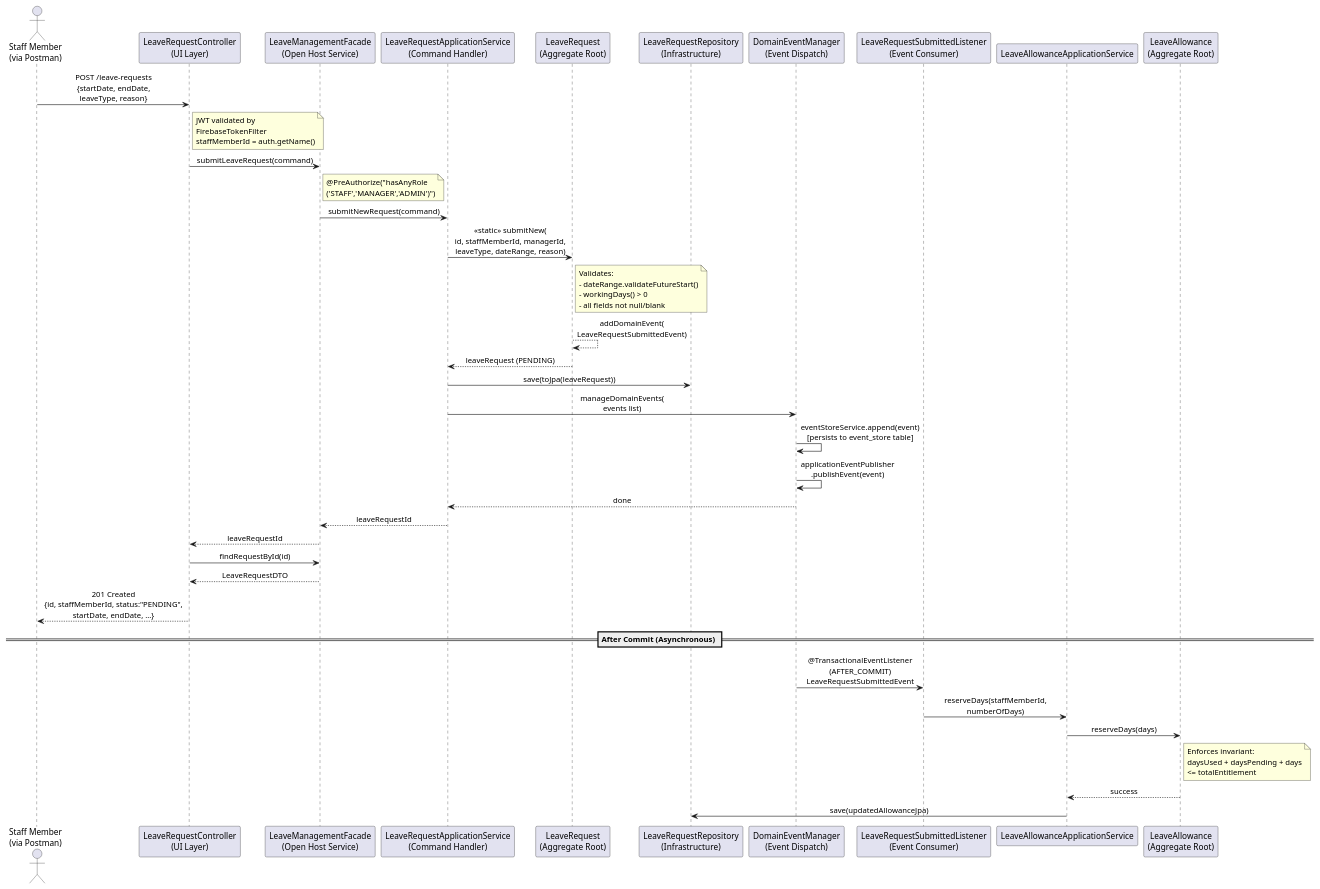
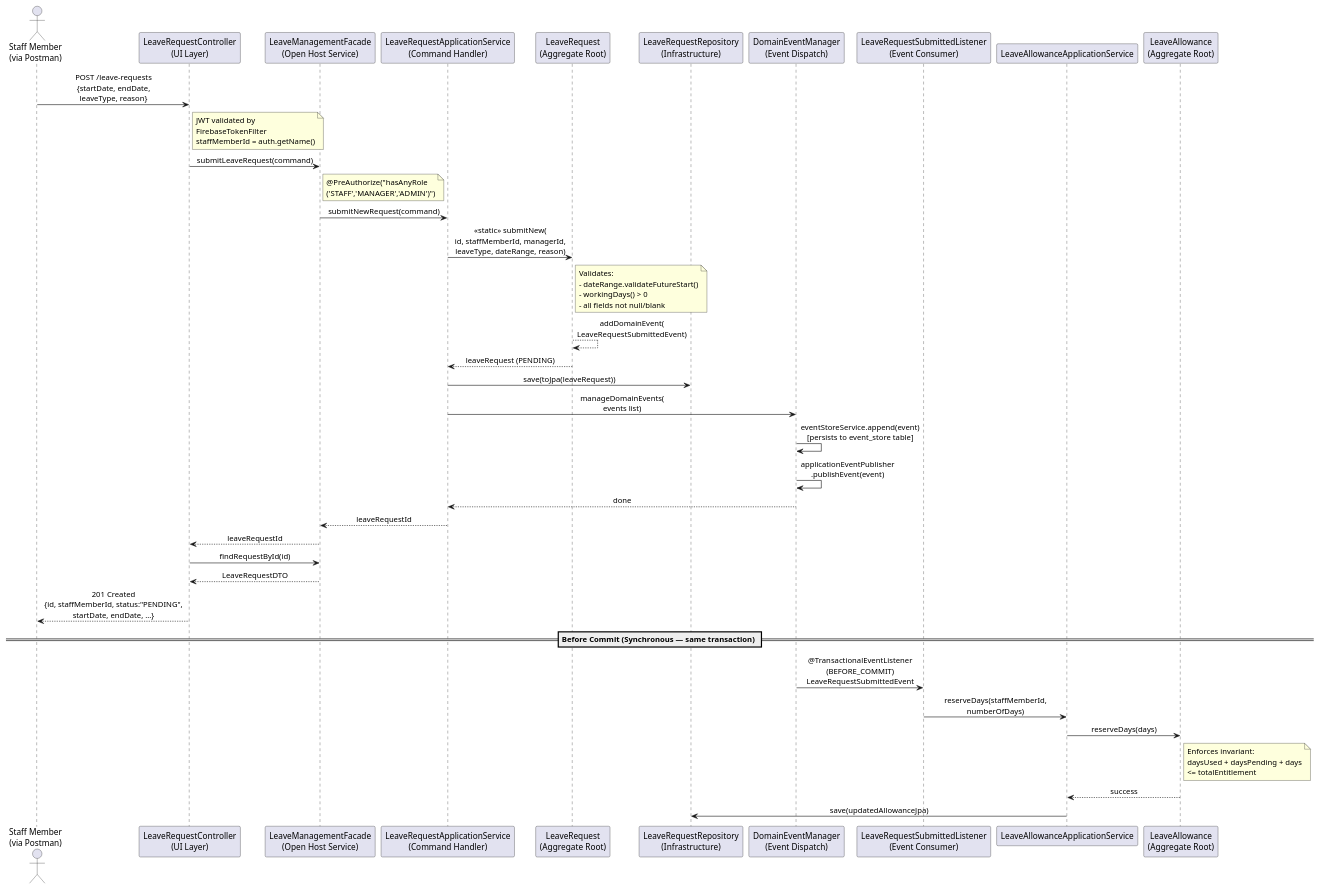
One commit to Raf816/enterprise-draft changed the third of 8 diagrams in docs/04-api-endpoint-design.md. Above: the diagram before and after it, drawn with PlantUML. The commit also changed 19 other files, not shown here.

````diff
--- a/docs/04-api-endpoint-design.md
+++ b/docs/04-api-endpoint-design.md
@@ -1099,47 +1099,47 @@
 ```plantuml
 @startuml
 skinparam backgroundColor white
 skinparam sequenceMessageAlign center
 
 actor "Staff Member\n(via Postman)" as Client
 participant "LeaveRequestController\n(UI Layer)" as Controller
 participant "LeaveManagementFacade\n(Open Host Service)" as Facade
 participant "LeaveRequestApplicationService\n(Command Handler)" as AppService
 participant "LeaveRequest\n(Aggregate Root)" as LR
 participant "LeaveRequestRepository\n(Infrastructure)" as Repo
 participant "DomainEventManager\n(Event Dispatch)" as DEM
 participant "LeaveRequestSubmittedListener\n(Event Consumer)" as Listener
 participant "LeaveAllowanceApplicationService" as LAAS
 participant "LeaveAllowance\n(Aggregate Root)" as LA
 
 Client -> Controller : POST /leave-requests\n{startDate, endDate,\nleaveType, reason}
 note right of Controller : JWT validated by\nFirebaseTokenFilter\nstaffMemberId = auth.getName()
 Controller -> Facade : submitLeaveRequest(command)
 note right of Facade : @PreAuthorize("hasAnyRole\n('STAFF','MANAGER','ADMIN')")
 Facade -> AppService : submitNewRequest(command)
 AppService -> LR : <<static>> submitNew(\nid, staffMemberId, managerId,\nleaveType, dateRange, reason)
 note right of LR : Validates:\n- dateRange.validateFutureStart()\n- workingDays() > 0\n- all fields not null/blank
 LR --> LR : addDomainEvent(\nLeaveRequestSubmittedEvent)
 LR --> AppService : leaveRequest (PENDING)
 AppService -> Repo : save(toJpa(leaveRequest))
 AppService -> DEM : manageDomainEvents(\nevents list)
 DEM -> DEM : eventStoreService.append(event)\n[persists to event_store table]
 DEM -> DEM : applicationEventPublisher\n.publishEvent(event)
 DEM --> AppService : done
 AppService --> Facade : leaveRequestId
 Facade --> Controller : leaveRequestId
 Controller -> Facade : findRequestById(id)
 Facade --> Controller : LeaveRequestDTO
 Controller --> Client : 201 Created\n{id, staffMemberId, status:"PENDING",\nstartDate, endDate, ...}
 
-== After Commit (Asynchronous) ==
+== Before Commit (Synchronous — same transaction) ==
 
-Listener <- DEM : @TransactionalEventListener\n(AFTER_COMMIT)\nLeaveRequestSubmittedEvent
+Listener <- DEM : @TransactionalEventListener\n(BEFORE_COMMIT)\nLeaveRequestSubmittedEvent
 Listener -> LAAS : reserveDays(staffMemberId,\nnumberOfDays)
 LAAS -> LA : reserveDays(days)
 note right of LA : Enforces invariant:\ndaysUsed + daysPending + days\n<= totalEntitlement
 LA --> LAAS : success
 LAAS -> Repo : save(updatedAllowanceJpa)
 
 @enduml
 ```
````
